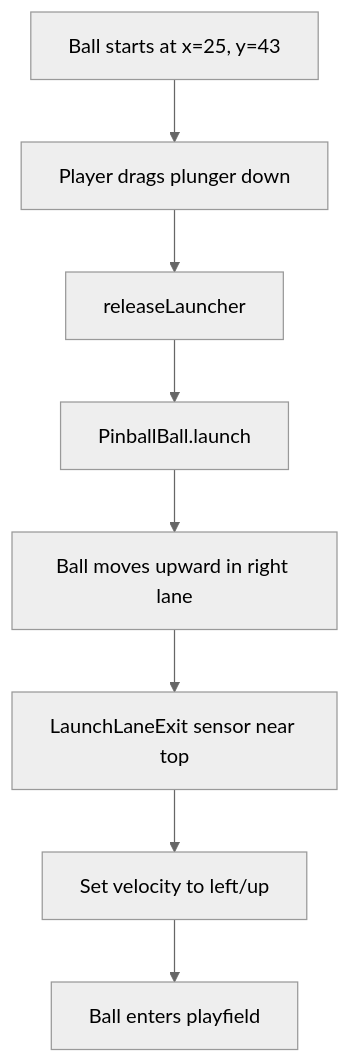
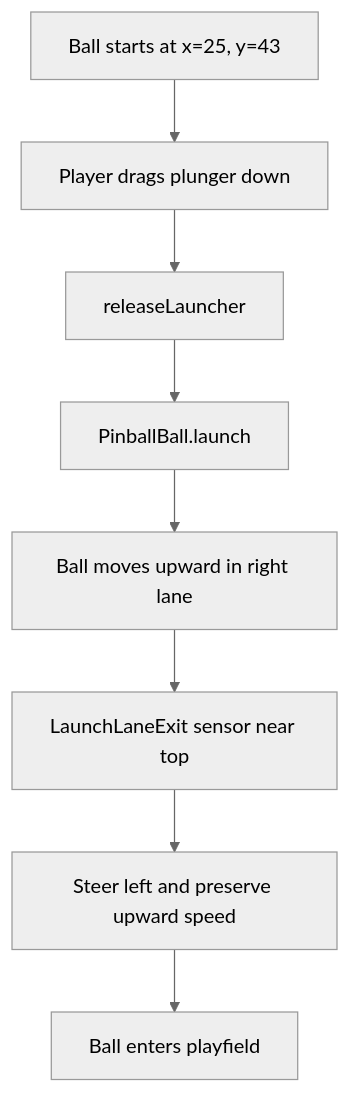
The fifth of 7 diagrams in README.ko.md (cassiadev/mon_pinball), drawn with Mermaid (neutral theme) before and after one commit. The commit also changed other lines of this file and 11 other files, not shown here.

````diff
--- a/README.ko.md
+++ b/README.ko.md
@@ -378,10 +387,10 @@
 ```mermaid
 graph TD
   A[Ball starts at x=25, y=43] --> B[Player drags plunger down]
   B --> C[releaseLauncher]
   C --> D[PinballBall.launch]
   D --> E[Ball moves upward in right lane]
   E --> F[LaunchLaneExit sensor near top]
-  F --> G[Set velocity to left/up]
+  F --> G[Steer left and preserve upward speed]
   G --> H[Ball enters playfield]
 ```
````
